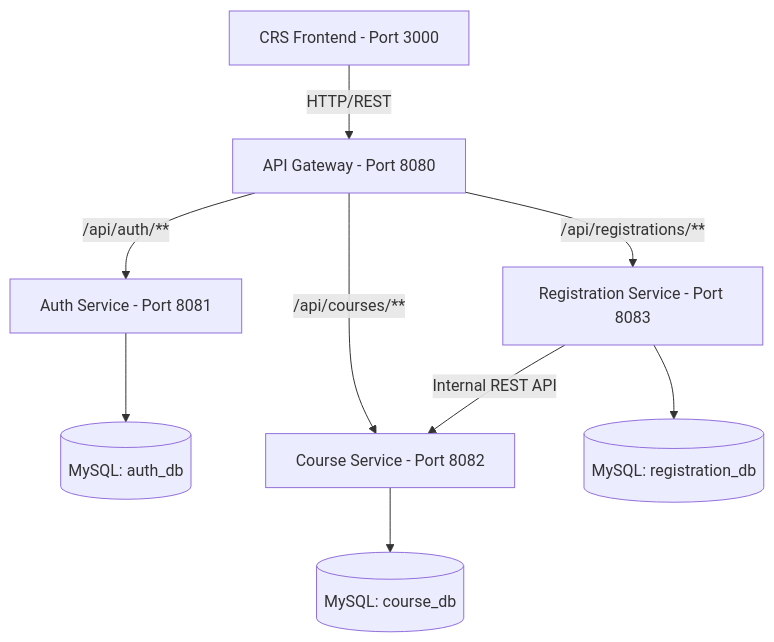
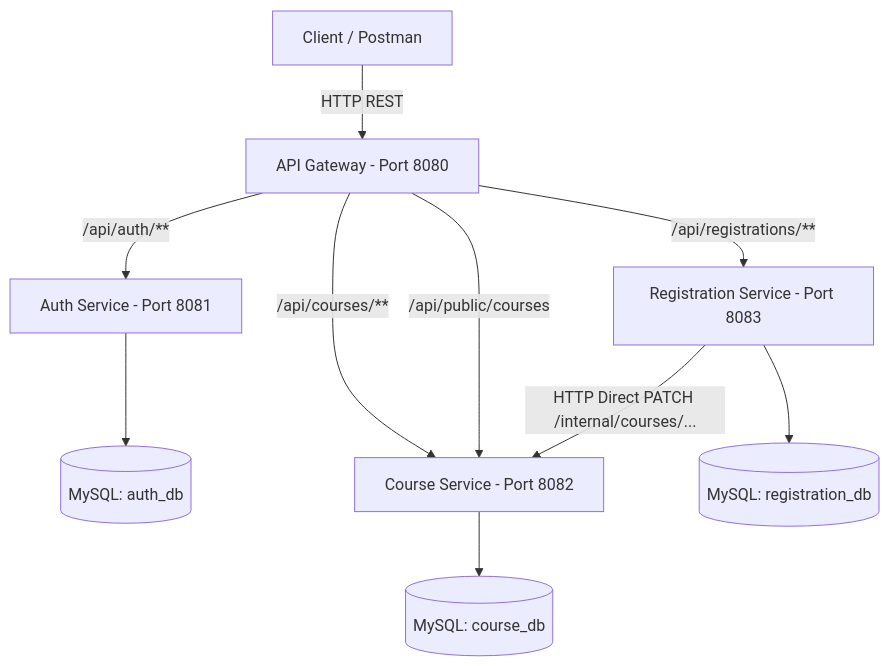
The diagram in README.md (lunaHieu/crs-microservices), drawn with Mermaid before and after one commit. The commit also changed other lines of this file and 2 other files, not shown here.

Commit message:
docs: update architecture and API documentation after lab 4

````diff
--- a/README.md
+++ b/README.md
@@ -30,14 +33,15 @@
 ```mermaid
 graph TD
-    Client[CRS Frontend - Port 3000] -->|HTTP/REST| Gateway[API Gateway - Port 8080]
+    Client[Client / Postman] -->|HTTP REST| Gateway[API Gateway - Port 8080]
     
     Gateway -->|/api/auth/**| Auth[Auth Service - Port 8081]
     Gateway -->|/api/courses/**| Course[Course Service - Port 8082]
+    Gateway -->|/api/public/courses| Course
     Gateway -->|/api/registrations/**| Reg[Registration Service - Port 8083]
     
-    Reg -->|Internal REST API| Course
+    Reg -->|HTTP Direct PATCH /internal/courses/...| Course
     
     Auth --> AuthDB[(MySQL: auth_db)]
     Course --> CourseDB[(MySQL: course_db)]
     Reg --> RegDB[(MySQL: registration_db)]
 ```
````
